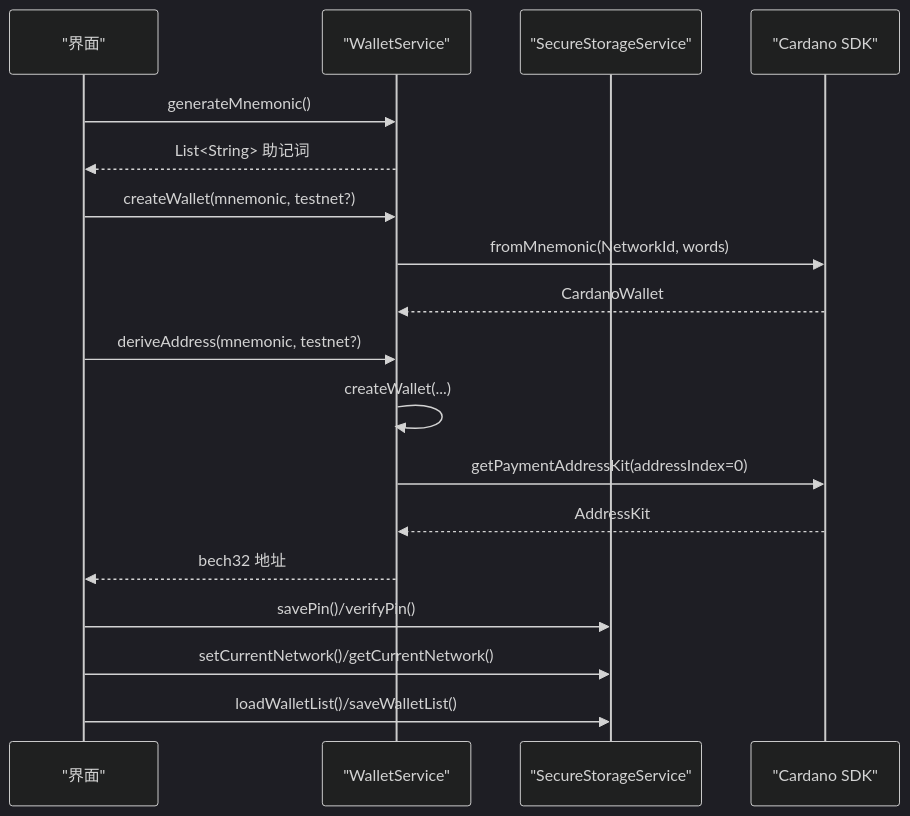
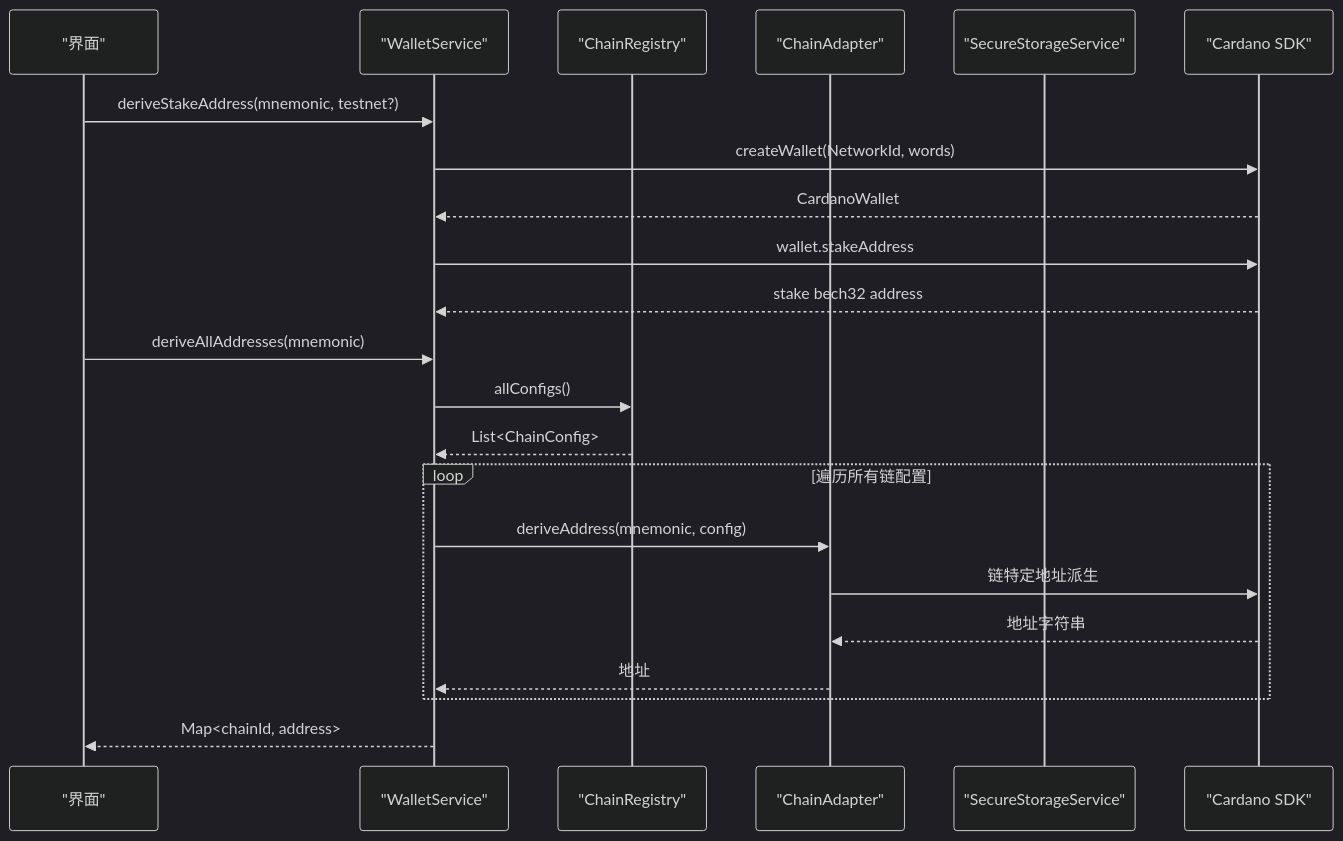
The second of 5 diagrams in .qoder/repowiki/zh/content/核心服务/钱包管理服务.md (EqualToEthan/stasis), drawn with Mermaid (dark theme) before and after one commit. The commit also changed other lines of this file and 40 other files, not shown here.

````diff
--- a/.qoder/repowiki/zh/content/核心服务/钱包管理服务.md
+++ b/.qoder/repowiki/zh/content/核心服务/钱包管理服务.md
@@ -72,20 +109,24 @@
 ```mermaid
 sequenceDiagram
 participant UI as "界面"
 participant WS as "WalletService"
+participant CR as "ChainRegistry"
+participant AD as "ChainAdapter"
 participant SS as "SecureStorageService"
 participant SDK as "Cardano SDK"
-UI->>WS : generateMnemonic()
-WS-->>UI : List<String> 助记词
-UI->>WS : createWallet(mnemonic, testnet?)
-WS->>SDK : fromMnemonic(NetworkId, words)
+UI->>WS : deriveStakeAddress(mnemonic, testnet?)
+WS->>SDK : createWallet(NetworkId, words)
 SDK-->>WS : CardanoWallet
-UI->>WS : deriveAddress(mnemonic, testnet?)
-WS->>WS : createWallet(...)
-WS->>SDK : getPaymentAddressKit(addressIndex=0)
-SDK-->>WS : AddressKit
-WS-->>UI : bech32 地址
-UI->>SS : savePin()/verifyPin()
-UI->>SS : setCurrentNetwork()/getCurrentNetwork()
-UI->>SS : loadWalletList()/saveWalletList()
+WS->>SDK : wallet.stakeAddress
+SDK-->>WS : stake bech32 address
+UI->>WS : deriveAllAddresses(mnemonic)
+WS->>CR : allConfigs()
+CR-->>WS : List<ChainConfig>
+loop 遍历所有链配置
+WS->>AD : deriveAddress(mnemonic, config)
+AD->>SDK : 链特定地址派生
+SDK-->>AD : 地址字符串
+AD-->>WS : 地址
+end
+WS-->>UI : Map<chainId, address>
 ```
````
